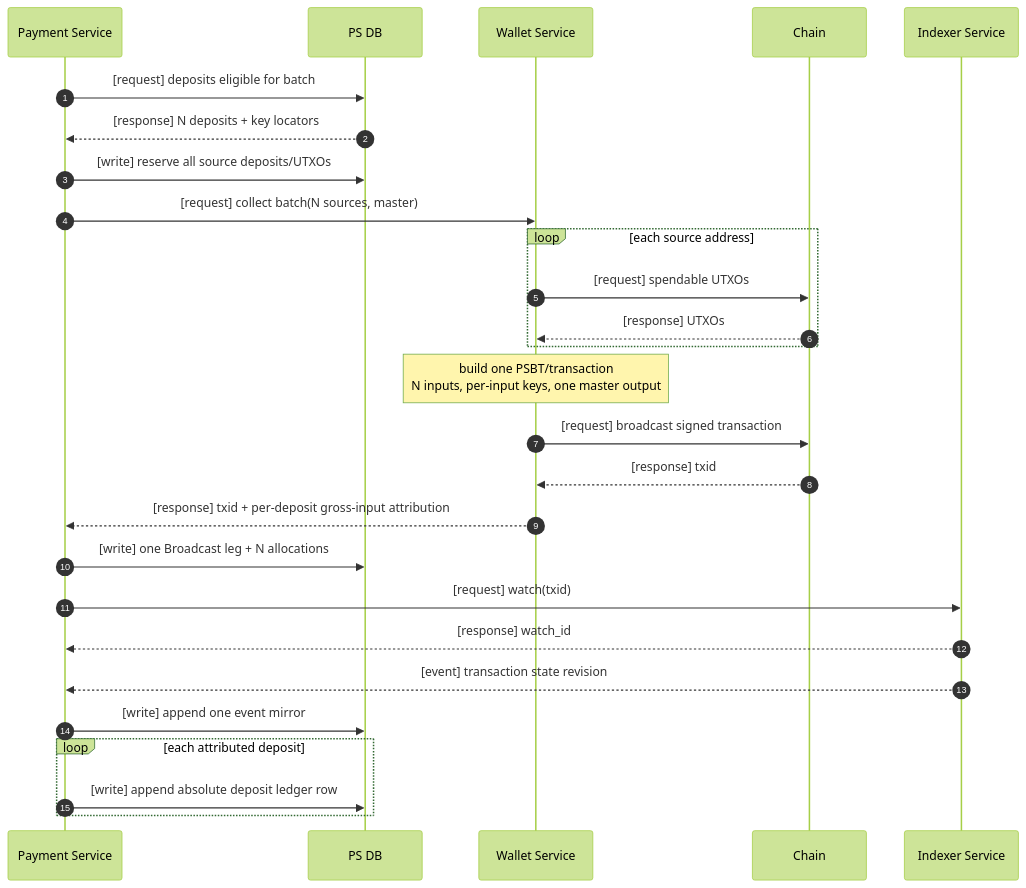
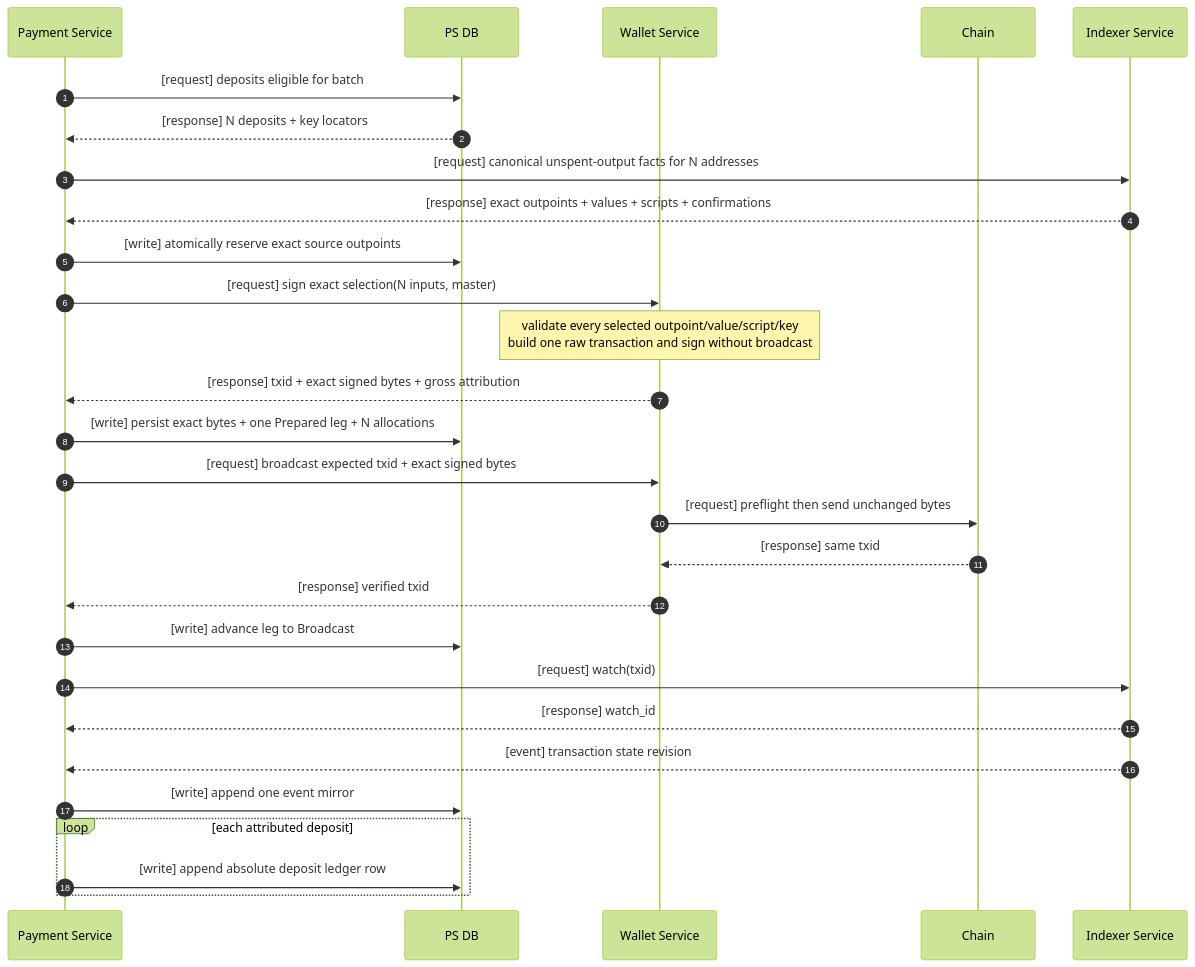
Diagram 15 of 17 in docs/SYSTEM_REQUIREMENTS.md (achiko/Payment-SDK), drawn with Mermaid (forest theme) before and after one commit. The commit also changed other lines of this file and 107 other files, not shown here.

````diff
--- a/docs/SYSTEM_REQUIREMENTS.md
+++ b/docs/SYSTEM_REQUIREMENTS.md
@@ -759,33 +774,33 @@
 ```mermaid
 sequenceDiagram
     autonumber
     participant PS as Payment Service
     participant PSDB as PS DB
     participant WS as Wallet Service
     participant Chain
     participant IX as Indexer Service
 
     PS->>PSDB: [request] deposits eligible for batch
     PSDB-->>PS: [response] N deposits + key locators
-    PS->>PSDB: [write] reserve all source deposits/UTXOs
-    PS->>WS: [request] collect batch(N sources, master)
+    PS->>IX: [request] canonical unspent-output facts for N addresses
+    IX-->>PS: [response] exact outpoints + values + scripts + confirmations
+    PS->>PSDB: [write] atomically reserve exact source outpoints
+    PS->>WS: [request] sign exact selection(N inputs, master)
 
-    loop each source address
-        WS->>Chain: [request] spendable UTXOs
-        Chain-->>WS: [response] UTXOs
-    end
-
-    Note over WS: build one PSBT/transaction<br/>N inputs, per-input keys, one master output
-    WS->>Chain: [request] broadcast signed transaction
-    Chain-->>WS: [response] txid
-    WS-->>PS: [response] txid + per-deposit gross-input attribution
-    PS->>PSDB: [write] one Broadcast leg + N allocations
+    Note over WS: validate every selected outpoint/value/script/key<br/>build one raw transaction and sign without broadcast
+    WS-->>PS: [response] txid + exact signed bytes + gross attribution
+    PS->>PSDB: [write] persist exact bytes + one Prepared leg + N allocations
+    PS->>WS: [request] broadcast expected txid + exact signed bytes
+    WS->>Chain: [request] preflight then send unchanged bytes
+    Chain-->>WS: [response] same txid
+    WS-->>PS: [response] verified txid
+    PS->>PSDB: [write] advance leg to Broadcast
     PS->>IX: [request] watch(txid)
     IX-->>PS: [response] watch_id
 
     IX-->>PS: [event] transaction state revision
     PS->>PSDB: [write] append one event mirror
     loop each attributed deposit
         PS->>PSDB: [write] append absolute deposit ledger row
     end
 ```
````
